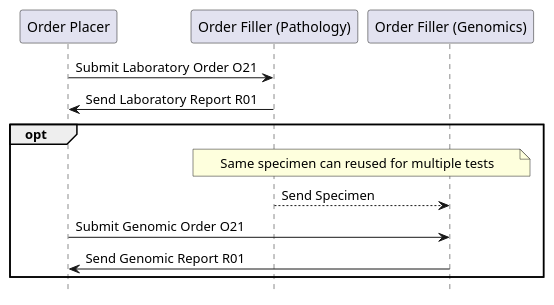
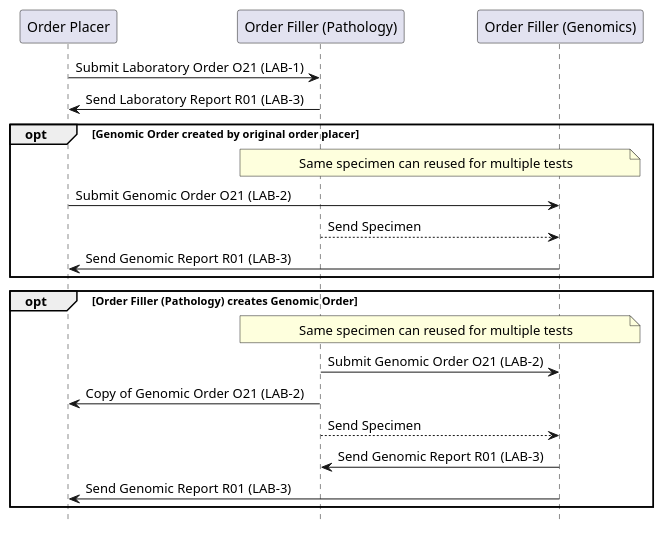
One commit to nw-gmsa/nw-gmsa.github.com changed the diagram in input/images-source/LTW-usecase-3-sequence.plantuml. Above: the diagram before and after it, drawn with PlantUML. The commit also changed 2 other files, not shown here.

```diff
--- a/input/images-source/LTW-usecase-3-sequence.plantuml
+++ b/input/images-source/LTW-usecase-3-sequence.plantuml
@@ -1,22 +1,34 @@
 @startuml
 
 hide footbox
 
 participant "Order Placer" as EPR
 participant "Order Filler (Pathology)" as LIMSP
 participant "Order Filler (Genomics)" as LIMSG
 
 
-EPR -> LIMSP: Submit Laboratory Order O21
-LIMSP -> EPR: Send Laboratory Report R01
+EPR -> LIMSP: Submit Laboratory Order O21 (LAB-1)
+LIMSP -> EPR: Send Laboratory Report R01 (LAB-3)
 
-opt
+opt Genomic Order created by original order placer
+
 note over LIMSP, LIMSG
 Same specimen can reused for multiple tests
 end note
+EPR -> LIMSG: Submit Genomic Order O21 (LAB-2)
 LIMSP --> LIMSG: Send Specimen
-EPR -> LIMSG: Submit Genomic Order O21
-LIMSG -> EPR: Send Genomic Report R01
+LIMSG -> EPR: Send Genomic Report R01 (LAB-3)
+end
+
+opt Order Filler (Pathology) creates Genomic Order
+note over LIMSP, LIMSG
+Same specimen can reused for multiple tests
+end note
+LIMSP -> LIMSG: Submit Genomic Order O21 (LAB-2)
+LIMSP -> EPR: Copy of Genomic Order O21 (LAB-2)
+LIMSP --> LIMSG: Send Specimen
+LIMSG -> LIMSP: Send Genomic Report R01 (LAB-3)
+LIMSG -> EPR: Send Genomic Report R01 (LAB-3)
 end
 
 @enduml
```
